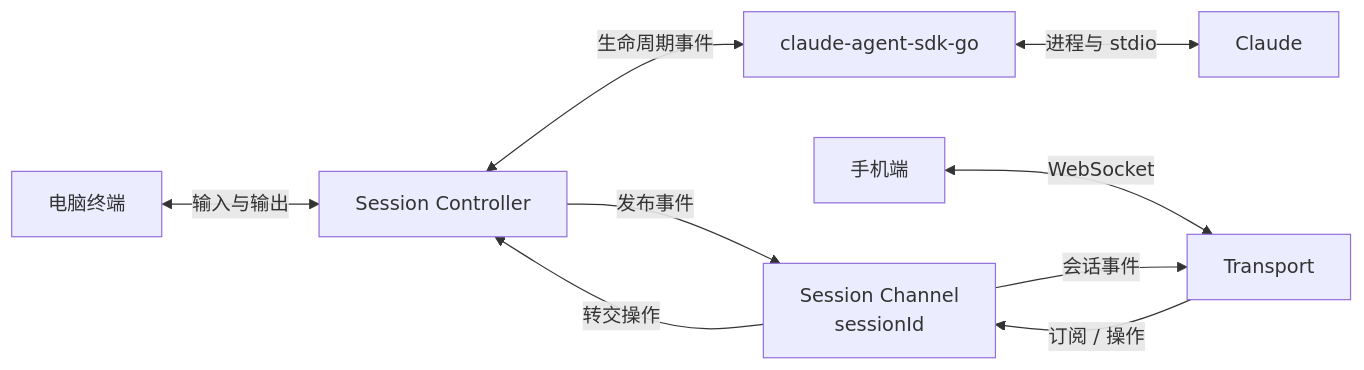
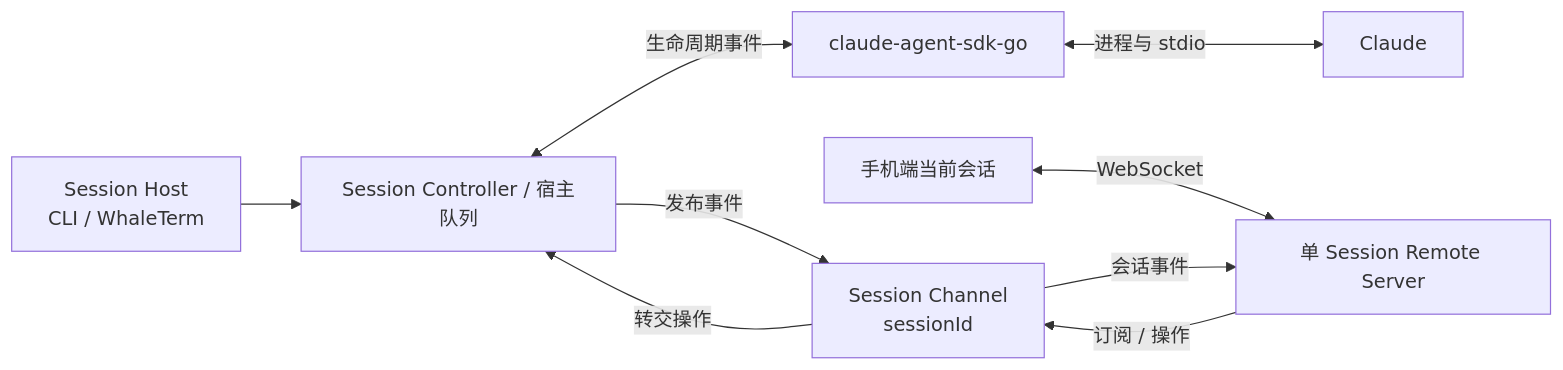
Before and after one commit to tea4go/claude-mobile-remote: the second of 4 diagrams in REQUIREMENTS.md, drawn with Mermaid. The commit also changed other lines of this file and 6 other files, not shown here.

Commit message:
docs: simplify session remote roadmap

````diff
--- a/REQUIREMENTS.md
+++ b/REQUIREMENTS.md
@@ -38,11 +40,11 @@
 ```mermaid
 flowchart LR
-    T["电脑终端"] <-->|"输入与输出"| SC["Session Controller"]
+    H["Session Host<br/>CLI / WhaleTerm"] --> SC["Session Controller / 宿主队列"]
     SC <-->|"生命周期事件"| SDK["claude-agent-sdk-go"]
     SDK <-->|"进程与 stdio"| A["Claude"]
     SC -->|"发布事件"| CH["Session Channel<br/>sessionId"]
-    M["手机端"] <-->|"WebSocket"| W["Transport"]
+    M["手机端当前会话"] <-->|"WebSocket"| W["单 Session Remote Server"]
     W -->|"订阅 / 操作"| CH
     CH -->|"会话事件"| W
     CH -->|"转交操作"| SC
 ```
````
